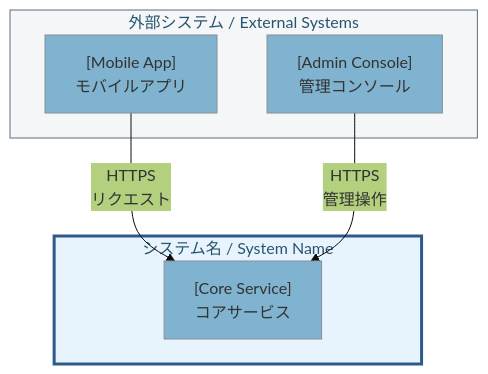
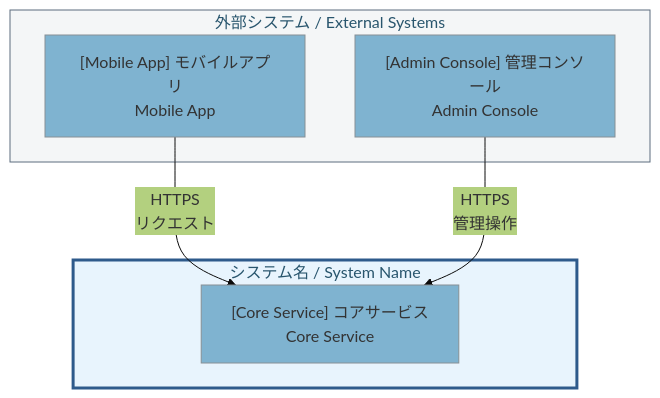
One commit to MizukiMachine/claude-skill-public changed the second of 11 diagrams in diagram/references/mermaid-patterns.md. Above: the diagram before and after it, drawn with Mermaid. The commit also changed other lines of this file and 2 other files, not shown here.

First line of the commit message:
docs(diagram): Codex版に合わせて日本語メイン方針へ刷新

````diff
--- a/diagram/references/mermaid-patterns.md
+++ b/diagram/references/mermaid-patterns.md
@@ -64,17 +64,17 @@
 ```mermaid
 %%{init: {'theme': 'base', 'themeVariables': { 'primaryColor': '#7FB3D0'}}}%%
 flowchart TB
     subgraph External["外部システム / External Systems"]
-        MobileApp["[Mobile App]<br/>モバイルアプリ"]
-        AdminConsole["[Admin Console]<br/>管理コンソール"]
+        MobileApp["[Mobile App] モバイルアプリ<br/>Mobile App"]
+        AdminConsole["[Admin Console] 管理コンソール<br/>Admin Console"]
     end
 
     subgraph System["システム名 / System Name"]
-        Core["[Core Service]<br/>コアサービス"]
+        Core["[Core Service] コアサービス<br/>Core Service"]
     end
     MobileApp -->|"HTTPS<br/>リクエスト"| Core
     AdminConsole -->|"HTTPS<br/>管理操作"| Core
 
     style System fill:#E8F4FD,stroke:#2E5A8B,stroke-width:3px
     style External fill:#F4F6F7,stroke:#5D6D7E
 ```
````
